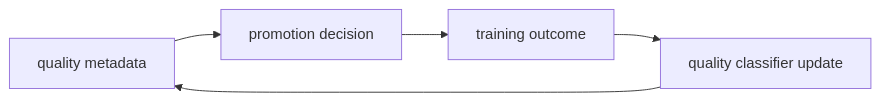
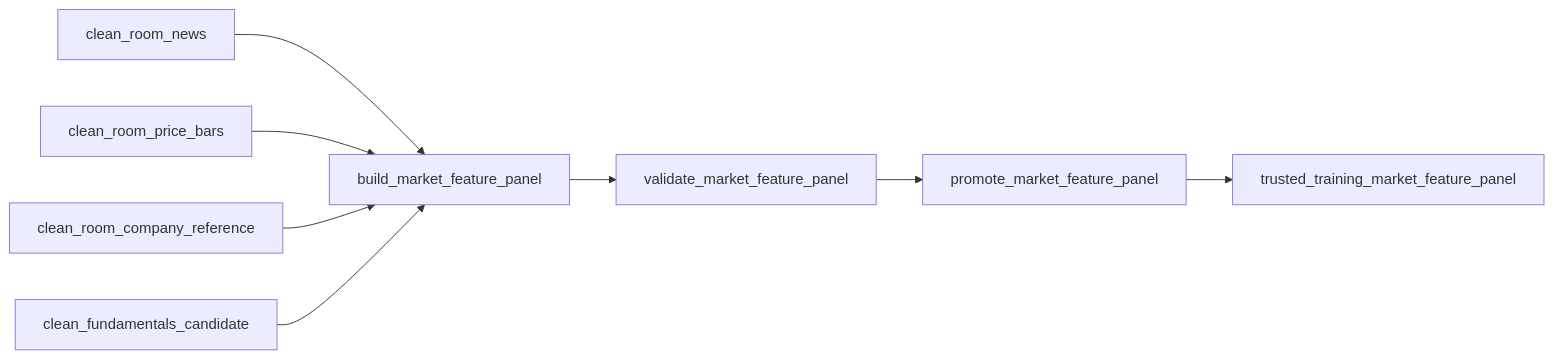
The fifth of 5 diagrams in README.md (lh3nry/friendly-giggle), drawn with Mermaid before and after one commit. The commit also changed other lines of this file and 57 other files, not shown here.

Commit message:
Update with sample data schema that matches data sources discussed on Discord. Added demo scripts with sample login, with more explanation in readme

````diff
--- a/README.md
+++ b/README.md
@@ -124,7 +173,10 @@
 ```mermaid
 flowchart LR
-  A[quality metadata] --> B[promotion decision]
-  B --> C[training outcome]
-  C --> D[quality classifier update]
-  D --> A
+  A[clean_room_news] --> E[build_market_feature_panel]
+  B[clean_room_price_bars] --> E
+  C[clean_room_company_reference] --> E
+  D[clean_fundamentals_candidate] --> E
+  E --> F[validate_market_feature_panel]
+  F --> G[promote_market_feature_panel]
+  G --> H[trusted_training_market_feature_panel]
 ```
````
